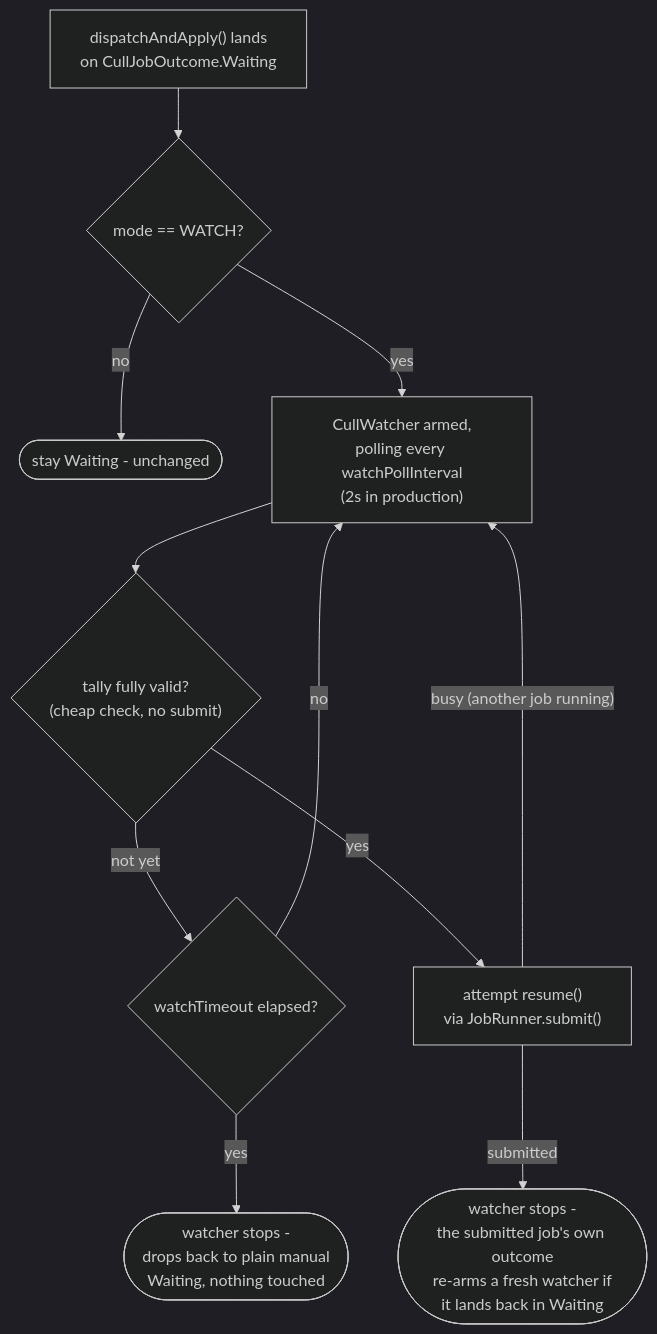
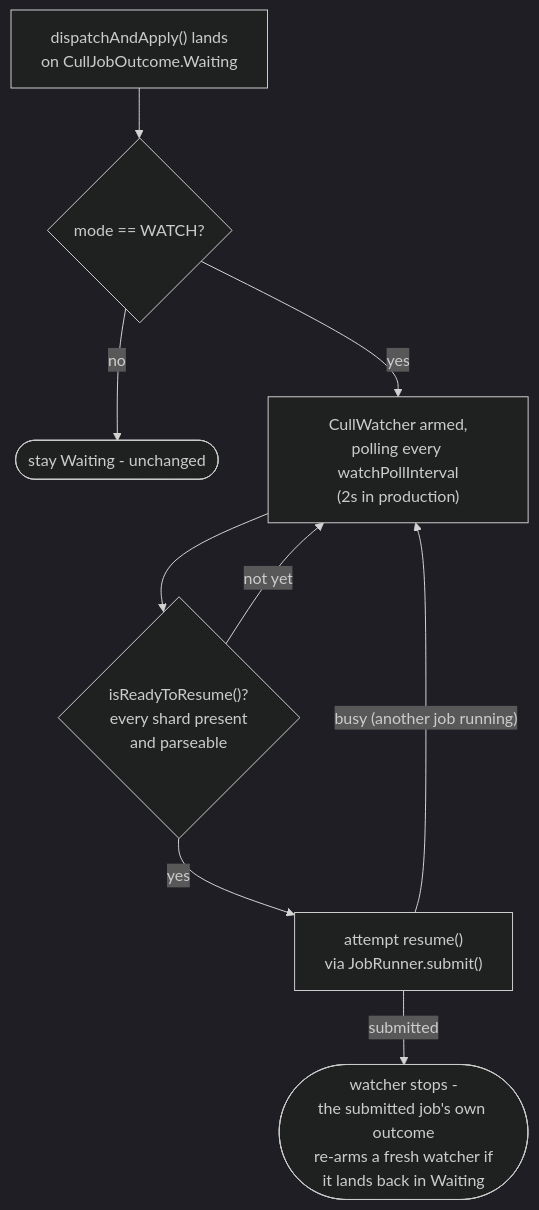
One commit to AdrianNachev91/sluice changed the third of 3 diagrams in app/docs/design/application/service/cull-engine.md. Above: the diagram before and after it, drawn with Mermaid (dark theme). The commit also changed other lines of this file and 30 other files, not shown here.

````diff
--- a/app/docs/design/application/service/cull-engine.md
+++ b/app/docs/design/application/service/cull-engine.md
@@ -184,13 +225,11 @@
 ```mermaid
 flowchart TD
     A["dispatchAndApply() lands<br/>on CullJobOutcome.Waiting"] --> B{"mode == WATCH?"}
     B -- "no" --> Z(["stay Waiting - unchanged"])
     B -- "yes" --> C["CullWatcher armed,<br/>polling every watchPollInterval<br/>(2s in production)"]
-    C --> D{"tally fully valid?<br/>(cheap check, no submit)"}
-    D -- "not yet" --> E{"watchTimeout elapsed?"}
-    E -- "no" --> C
-    E -- "yes" --> F(["watcher stops -<br/>drops back to plain manual<br/>Waiting, nothing touched"])
+    C --> D{"isReadyToResume()?<br/>every shard present<br/>and parseable"}
+    D -- "not yet" --> C
     D -- "yes" --> G["attempt resume()<br/>via JobRunner.submit()"]
     G -- "busy (another job running)" --> C
     G -- "submitted" --> H(["watcher stops -<br/>the submitted job's own outcome<br/>re-arms a fresh watcher if<br/>it lands back in Waiting"])
 ```
````
